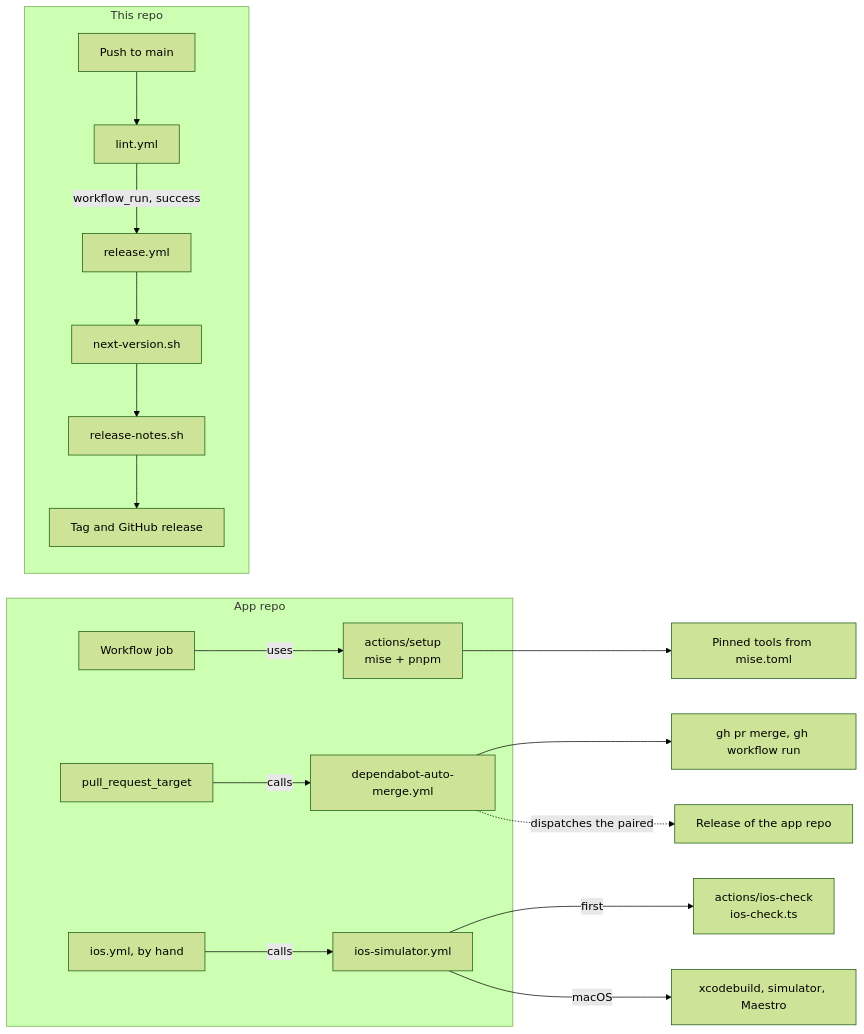
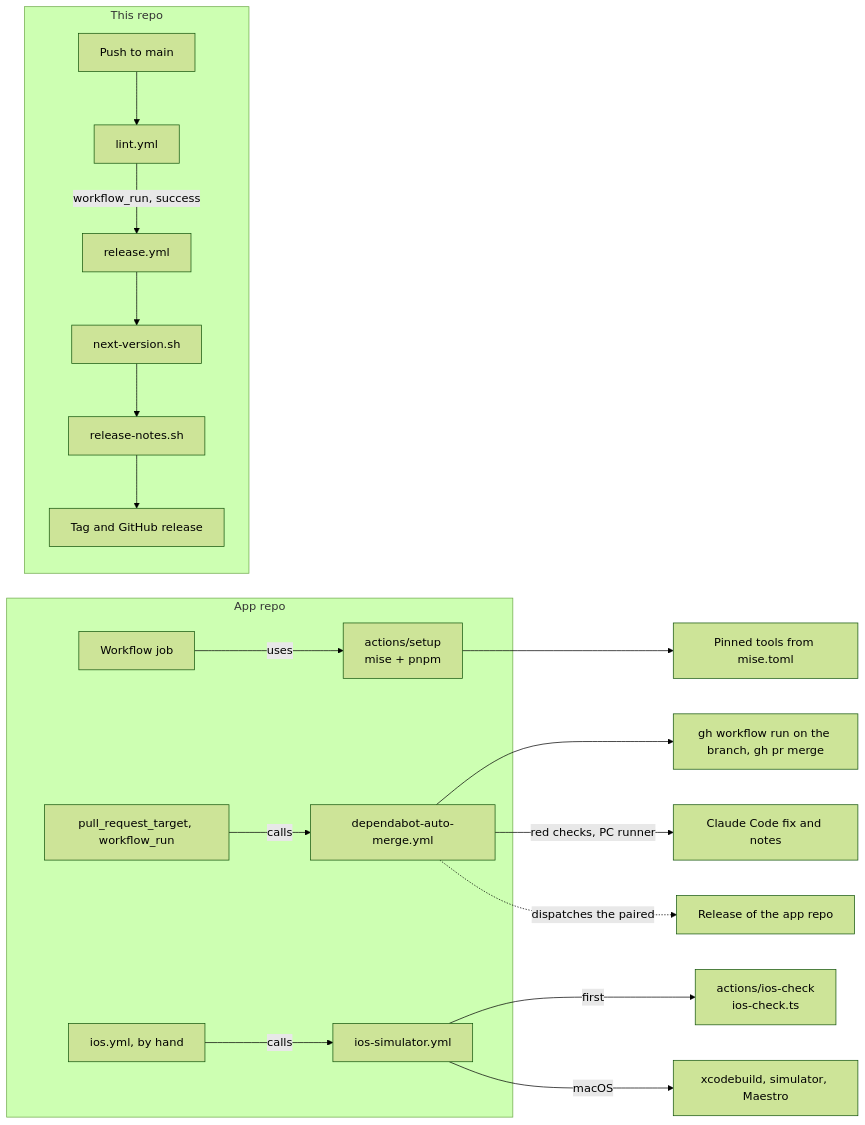
Before and after one commit to workbench-soft/ci: the diagram in docs/architecture.md, drawn with Mermaid (forest theme). The commit also changed other lines of this file and 6 other files, not shown here.

First line of the commit message:
feat: Dependabot PRs merge once their checks pass, Claude fixes red ones

````diff
--- a/docs/architecture.md
+++ b/docs/architecture.md
@@ -5,18 +5,19 @@
 ```mermaid
 flowchart LR
   subgraph app["App repo"]
     job["Workflow job"] -->|uses| setup["actions/setup<br/>mise + pnpm"]
-    pr["pull_request_target"] -->|calls| auto["dependabot-auto-merge.yml"]
+    pr["pull_request_target, workflow_run"] -->|calls| auto["dependabot-auto-merge.yml"]
     ios["ios.yml, by hand"] -->|calls| sim["ios-simulator.yml"]
   end
   setup --> tools["Pinned tools from mise.toml"]
-  auto --> gh["gh pr merge, gh workflow run"]
+  auto --> gh["gh workflow run on the branch, gh pr merge"]
+  auto -->|red checks, PC runner| claude["Claude Code fix and notes"]
   sim -->|first| check["actions/ios-check<br/>ios-check.ts"]
   sim -->|macOS| xcode["xcodebuild, simulator, Maestro"]
   auto -.->|dispatches the paired| appRelease["Release of the app repo"]
   subgraph own["This repo"]
     push["Push to main"] --> lint["lint.yml"]
     lint -->|workflow_run, success| release["release.yml"]
     release --> version["next-version.sh"] --> notes["release-notes.sh"] --> tag["Tag and GitHub release"]
   end
 ```
````
